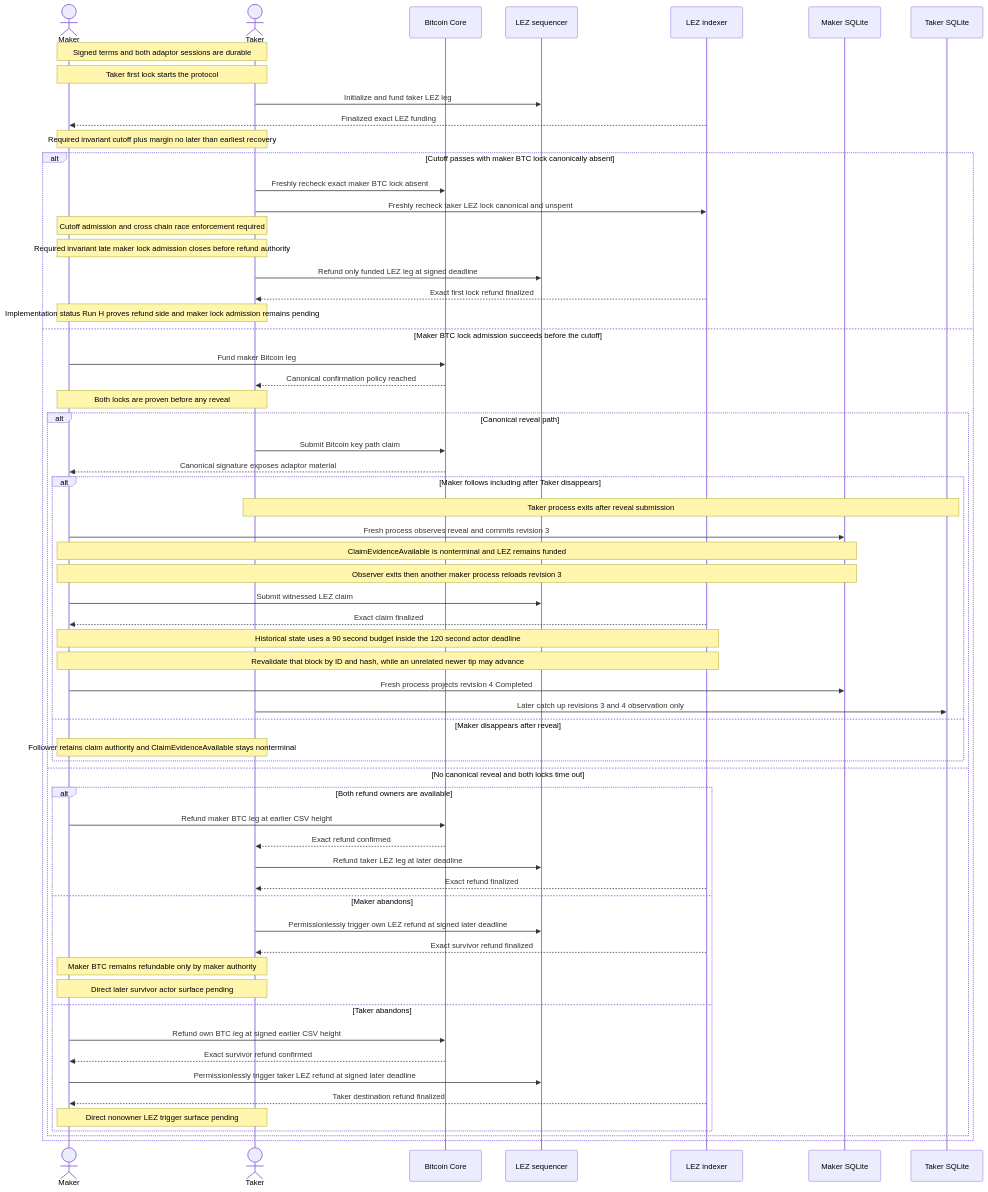
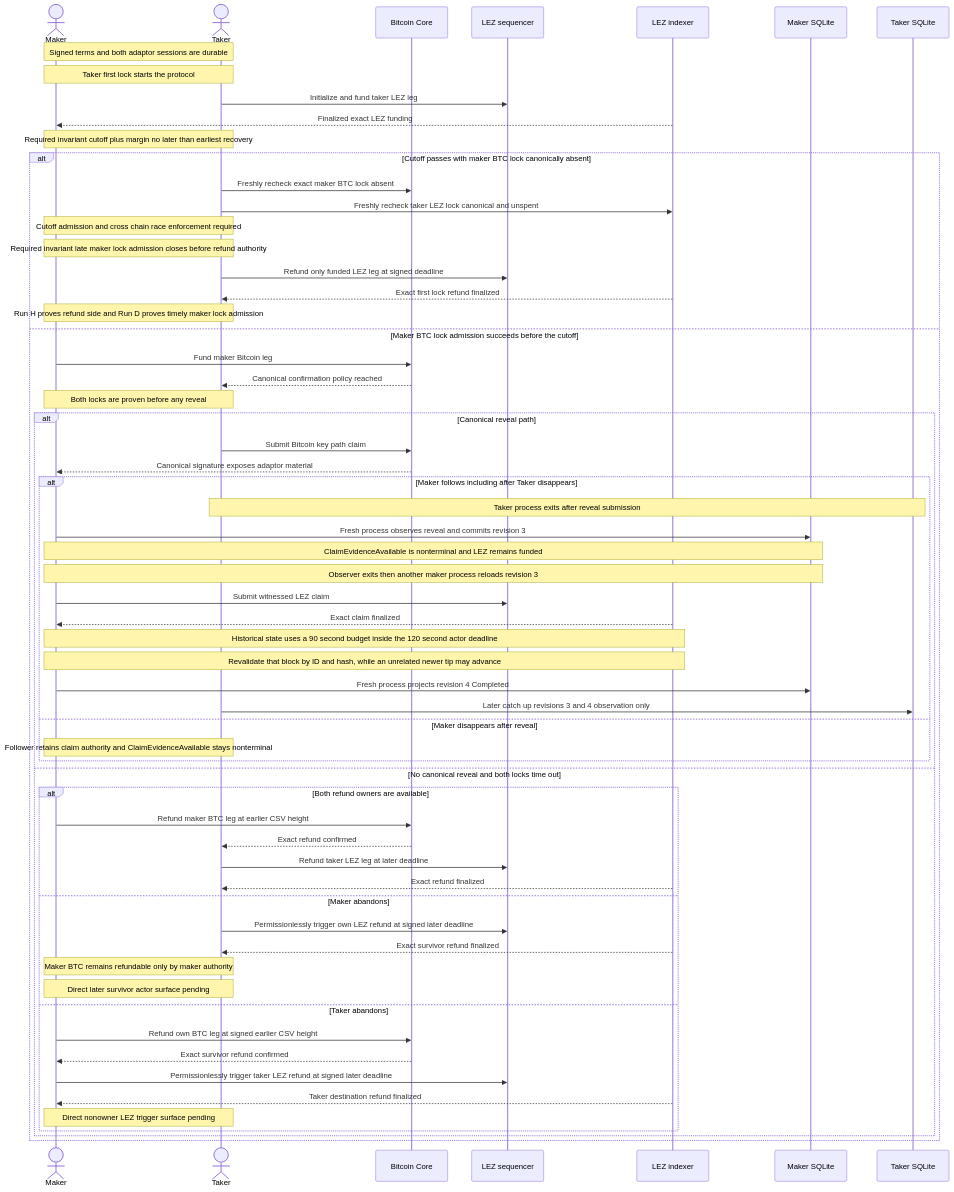
Diagram 17 of 25 in docs/architecture/system-architecture.md (gateway-fm/lez-atomic-swaps), drawn with Mermaid before and after one commit. The commit also changed other lines of this file and 19 other files, not shown here.

````diff
--- a/docs/architecture/system-architecture.md
+++ b/docs/architecture/system-architecture.md
@@ -1638,65 +1689,65 @@
 ```mermaid
 sequenceDiagram
     actor Maker
     actor Taker
     participant Bitcoin as Bitcoin Core
     participant LezSeq as LEZ sequencer
     participant LezIdx as LEZ indexer
     participant MakerStore as Maker SQLite
     participant TakerStore as Taker SQLite
 
     Note over Maker,Taker: Signed terms and both adaptor sessions are durable
     Note over Maker,Taker: Taker first lock starts the protocol
     Taker->>LezSeq: Initialize and fund taker LEZ leg
     LezIdx-->>Maker: Finalized exact LEZ funding
     Note over Maker,Taker: Required invariant cutoff plus margin no later than earliest recovery
     alt Cutoff passes with maker BTC lock canonically absent
         Taker->>Bitcoin: Freshly recheck exact maker BTC lock absent
         Taker->>LezIdx: Freshly recheck taker LEZ lock canonical and unspent
         Note over Maker,Taker: Cutoff admission and cross chain race enforcement required
         Note over Maker,Taker: Required invariant late maker lock admission closes before refund authority
         Taker->>LezSeq: Refund only funded LEZ leg at signed deadline
         LezIdx-->>Taker: Exact first lock refund finalized
-        Note over Maker,Taker: Implementation status Run H proves refund side and maker lock admission remains pending
+        Note over Maker,Taker: Run H proves refund side and Run D proves timely maker lock admission
     else Maker BTC lock admission succeeds before the cutoff
         Maker->>Bitcoin: Fund maker Bitcoin leg
         Bitcoin-->>Taker: Canonical confirmation policy reached
         Note over Maker,Taker: Both locks are proven before any reveal
         alt Canonical reveal path
             Taker->>Bitcoin: Submit Bitcoin key path claim
             Bitcoin-->>Maker: Canonical signature exposes adaptor material
             alt Maker follows including after Taker disappears
                 Note over Taker,TakerStore: Taker process exits after reveal submission
                 Maker->>MakerStore: Fresh process observes reveal and commits revision 3
                 Note over Maker,MakerStore: ClaimEvidenceAvailable is nonterminal and LEZ remains funded
                 Note over Maker,MakerStore: Observer exits then another maker process reloads revision 3
                 Maker->>LezSeq: Submit witnessed LEZ claim
                 LezIdx-->>Maker: Exact claim finalized
                 Note over Maker,LezIdx: Historical state uses a 90 second budget inside the 120 second actor deadline
                 Note over Maker,LezIdx: Revalidate that block by ID and hash, while an unrelated newer tip may advance
                 Maker->>MakerStore: Fresh process projects revision 4 Completed
                 Taker->>TakerStore: Later catch up revisions 3 and 4 observation only
             else Maker disappears after reveal
                 Note over Maker,Taker: Follower retains claim authority and ClaimEvidenceAvailable stays nonterminal
             end
         else No canonical reveal and both locks time out
             alt Both refund owners are available
                 Maker->>Bitcoin: Refund maker BTC leg at earlier CSV height
                 Bitcoin-->>Taker: Exact refund confirmed
                 Taker->>LezSeq: Refund taker LEZ leg at later deadline
                 LezIdx-->>Taker: Exact refund finalized
             else Maker abandons
                 Taker->>LezSeq: Permissionlessly trigger own LEZ refund at signed later deadline
                 LezIdx-->>Taker: Exact survivor refund finalized
                 Note over Maker,Taker: Maker BTC remains refundable only by maker authority
                 Note over Maker,Taker: Direct later survivor actor surface pending
             else Taker abandons
                 Maker->>Bitcoin: Refund own BTC leg at signed earlier CSV height
                 Bitcoin-->>Maker: Exact survivor refund confirmed
                 Maker->>LezSeq: Permissionlessly trigger taker LEZ refund at signed later deadline
                 LezIdx-->>Maker: Taker destination refund finalized
                 Note over Maker,Taker: Direct nonowner LEZ trigger surface pending
             end
         end
     end
 ```
````
